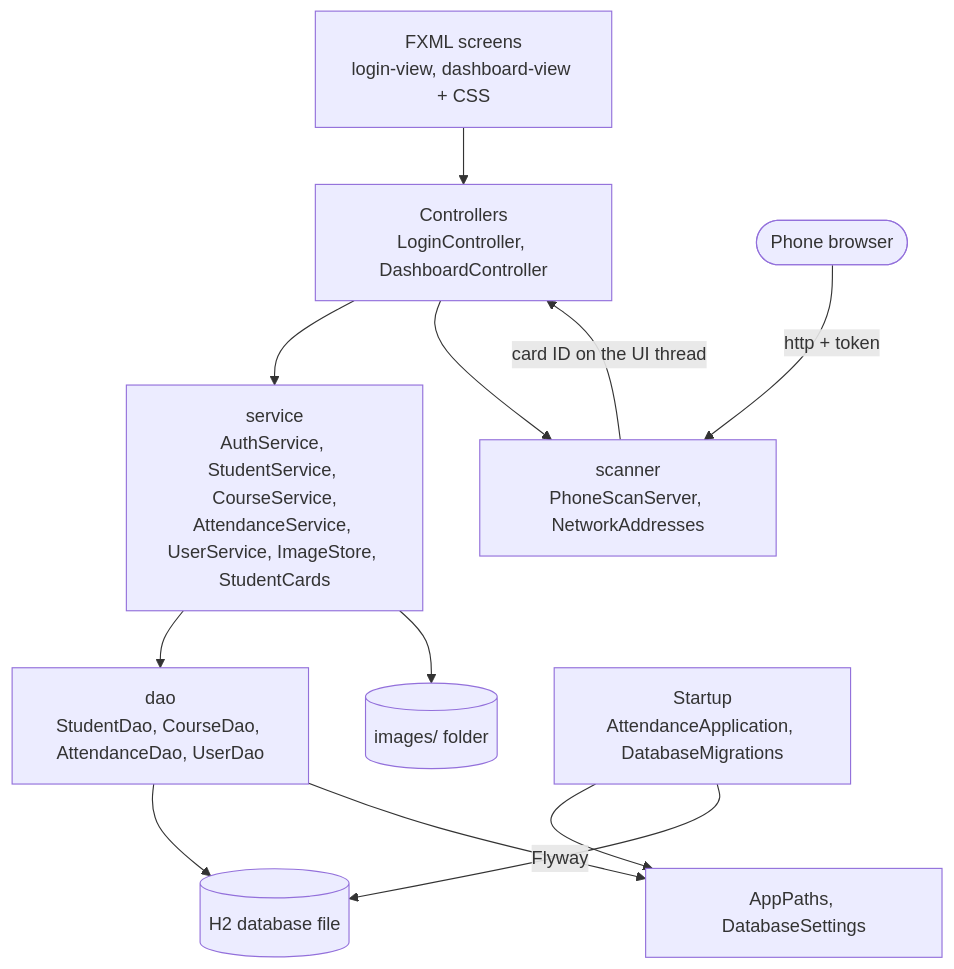
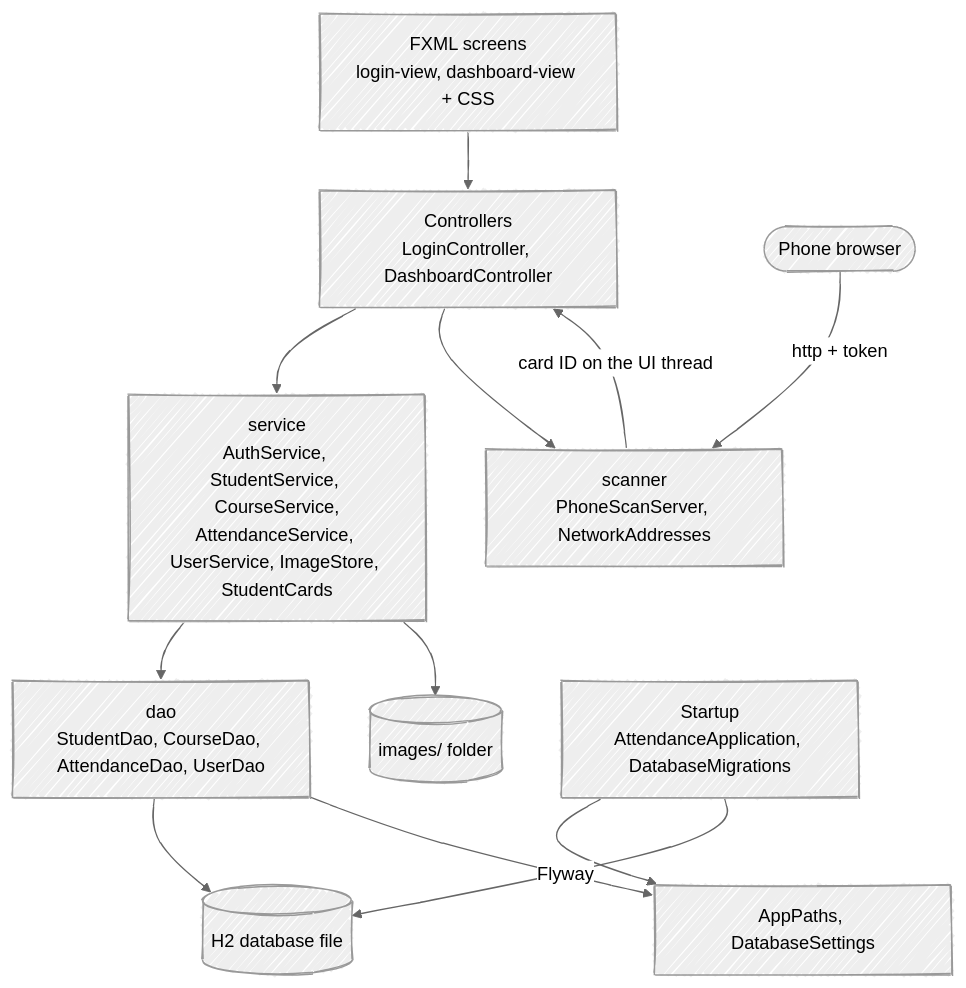
The diagram in docs/architecture.md (XAPHNE/AttendanceSystem), drawn with Mermaid before and after one commit. The commit also changed 4 other files, not shown here.

````diff
--- a/docs/architecture.md
+++ b/docs/architecture.md
@@ -6,22 +6,27 @@
 ```mermaid
+---
+config:
+  look: handDrawn
+  theme: neutral
+---
 flowchart TD
     fxml["FXML screens<br/>login-view, dashboard-view + CSS"]
     ctrl["Controllers<br/>LoginController, DashboardController"]
     svc["service<br/>AuthService, StudentService, CourseService,<br/>AttendanceService, UserService, ImageStore, StudentCards"]
     scan["scanner<br/>PhoneScanServer, NetworkAddresses"]
     phone(["Phone browser"])
     dao["dao<br/>StudentDao, CourseDao, AttendanceDao, UserDao"]
     db[("H2 database file")]
     img[("images/ folder")]
     start["Startup<br/>AttendanceApplication, DatabaseMigrations"]
     paths["AppPaths, DatabaseSettings"]
 
     fxml --> ctrl --> svc --> dao --> db
     svc --> img
     ctrl --> scan
     phone -->|http + token| scan
     scan -->|"card ID on the UI thread"| ctrl
     start --> paths
     start -->|Flyway| db
     dao --> paths
 ```
````
